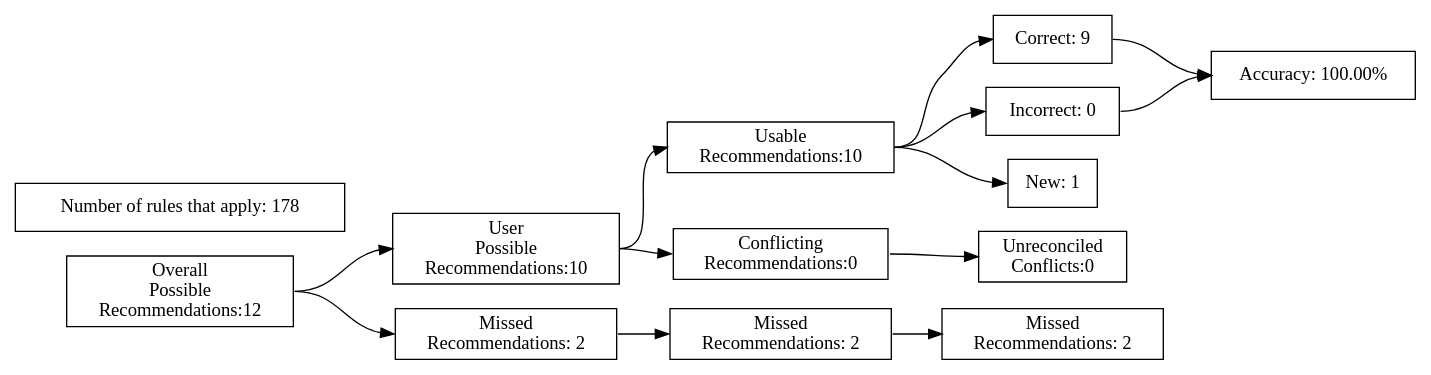
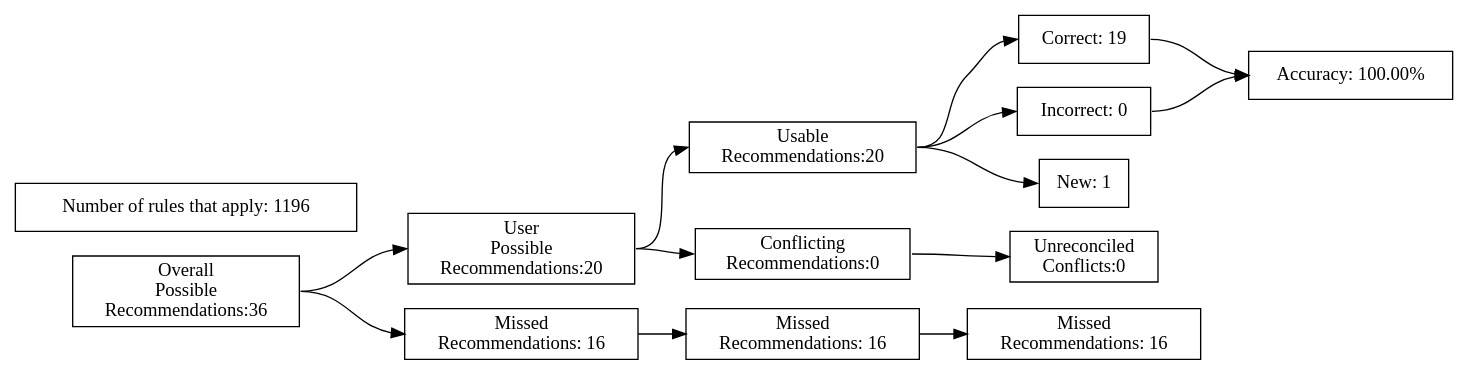
The diagram in test_renders/21.gv (ZaxR/ibd_diet_analysis), drawn with Graphviz before and after one commit. The commit also changed 229 other files, not shown here.

```diff
--- a/test_renders/21.gv
+++ b/test_renders/21.gv
@@ -1,40 +1,40 @@
 digraph {
 	graph [rankdir=LR]
 	node [pos=r shape=box]
 	edge [headport=w tailport=e]
 		A [label="Overall
 Possible
-Recommendations:12"]
+Recommendations:36"]
 		B [label="User
 Possible
-Recommendations:10"]
+Recommendations:20"]
 		C [label="Missed
-Recommendations: 2"]
+Recommendations: 16"]
 		D [label="Usable
-Recommendations:10"]
+Recommendations:20"]
 		E [label="Conflicting
 Recommendations:0"]
 		J [label="Missed
-Recommendations: 2"]
+Recommendations: 16"]
 		M [label="Unreconciled
 Conflicts:0"]
-		F [label="Correct: 9"]
+		F [label="Correct: 19"]
 		G [label="Incorrect: 0"]
 		H [label="New: 1"]
 		K [label="Missed
-Recommendations: 2"]
+Recommendations: 16"]
 		I [label="Accuracy: 100.00%"]
-		l [label="Number of rules that apply: 178"]
+		l [label="Number of rules that apply: 1196"]
 			A -> B
 			A -> C
 			B -> D
 			B -> E
 			D -> F
 			D -> G
 			D -> H
 			F -> I
 			G -> I
 			C -> J
 			J -> K
 			E -> M
 }
```
